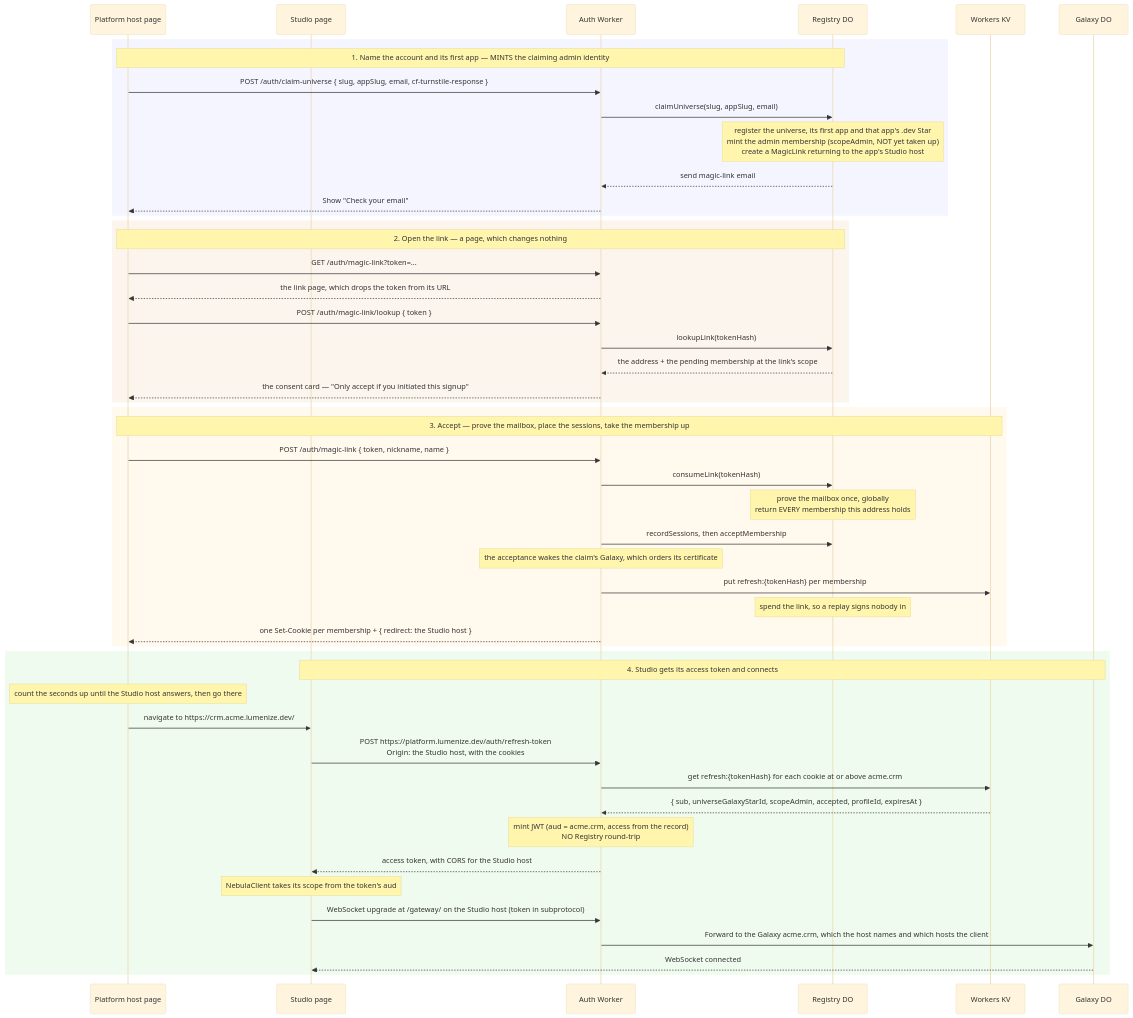
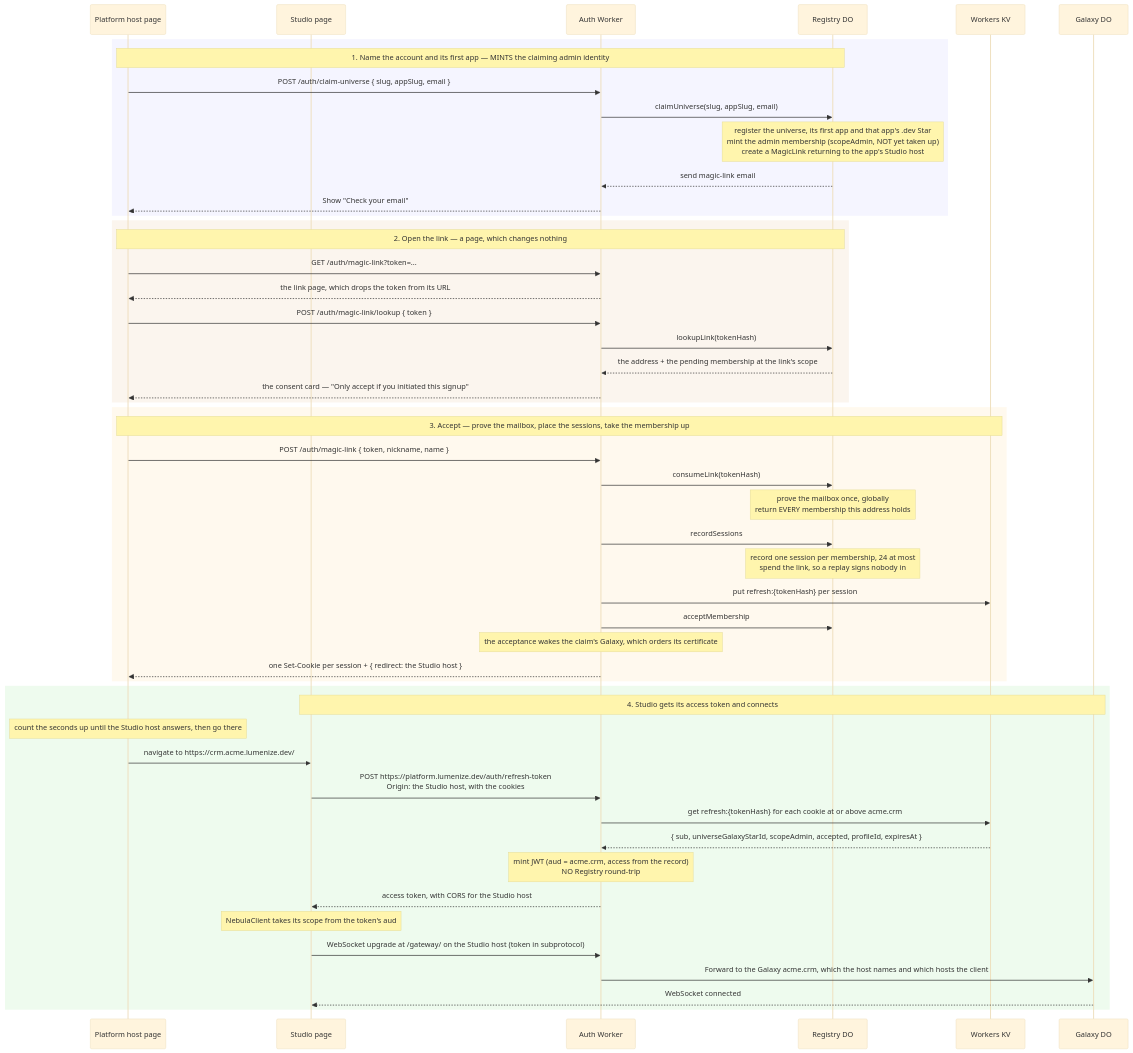
The first of 5 diagrams in website/docs/nebula/auth-flows.md (lumenize/lumenize), drawn with Mermaid (base theme) before and after one commit. The commit also changed other lines of this file and 5 other files, not shown here.

First line of the commit message:
docs, mesh: auth-flows.md matches the code again, and a persona tab's logout gives its real reason

````diff
--- a/website/docs/nebula/auth-flows.md
+++ b/website/docs/nebula/auth-flows.md
@@ -39,55 +39,56 @@
 ```mermaid
 sequenceDiagram
     participant P as Platform host page
     participant S as Studio page
     participant W as Auth Worker
     participant R as Registry DO
     participant KV as Workers KV
     participant GW as Galaxy DO
 
     rect rgba(220, 220, 255, 0.3)
         Note over P,R: 1. Name the account and its first app — MINTS the claiming admin identity
-        P->>W: POST /auth/claim-universe { slug, appSlug, email, cf-turnstile-response }
+        P->>W: POST /auth/claim-universe { slug, appSlug, email }
         W->>R: claimUniverse(slug, appSlug, email)
         Note over R: register the universe, its first app and that app's .dev Star<br/>mint the admin membership (scopeAdmin, NOT yet taken up)<br/>create a MagicLink returning to the app's Studio host
         R-->>W: send magic-link email
         W-->>P: Show "Check your email"
     end
 
     rect rgba(240, 220, 200, 0.3)
         Note over P,R: 2. Open the link — a page, which changes nothing
         P->>W: GET /auth/magic-link?token=...
         W-->>P: the link page, which drops the token from its URL
         P->>W: POST /auth/magic-link/lookup { token }
         W->>R: lookupLink(tokenHash)
         R-->>W: the address + the pending membership at the link's scope
         W-->>P: the consent card — "Only accept if you initiated this signup"
     end
 
     rect rgba(255, 235, 200, 0.3)
         Note over P,KV: 3. Accept — prove the mailbox, place the sessions, take the membership up
         P->>W: POST /auth/magic-link { token, nickname, name }
         W->>R: consumeLink(tokenHash)
         Note over R: prove the mailbox once, globally<br/>return EVERY membership this address holds
-        W->>R: recordSessions, then acceptMembership
+        W->>R: recordSessions
+        Note over R: record one session per membership, 24 at most<br/>spend the link, so a replay signs nobody in
+        W->>KV: put refresh:{tokenHash} per session
+        W->>R: acceptMembership
         Note over W: the acceptance wakes the claim's Galaxy, which orders its certificate
-        W->>KV: put refresh:{tokenHash} per membership
-        Note over R: spend the link, so a replay signs nobody in
-        W-->>P: one Set-Cookie per membership + { redirect: the Studio host }
+        W-->>P: one Set-Cookie per session + { redirect: the Studio host }
     end
 
     rect rgba(200, 240, 200, 0.3)
         Note over S,GW: 4. Studio gets its access token and connects
         Note over P: count the seconds up until the Studio host answers, then go there
         P->>S: navigate to https://crm.acme.lumenize.dev/
         S->>W: POST https://platform.lumenize.dev/auth/refresh-token<br/>Origin: the Studio host, with the cookies
         W->>KV: get refresh:{tokenHash} for each cookie at or above acme.crm
         KV-->>W: { sub, universeGalaxyStarId, scopeAdmin, accepted, profileId, expiresAt }
         Note over W: mint JWT (aud = acme.crm, access from the record)<br/>NO Registry round-trip
         W-->>S: access token, with CORS for the Studio host
         Note over S: NebulaClient takes its scope from the token's aud
         S->>W: WebSocket upgrade at /gateway/ on the Studio host (token in subprotocol)
         W->>GW: Forward to the Galaxy acme.crm, which the host names and which hosts the client
         GW-->>S: WebSocket connected
     end
 ```
````
